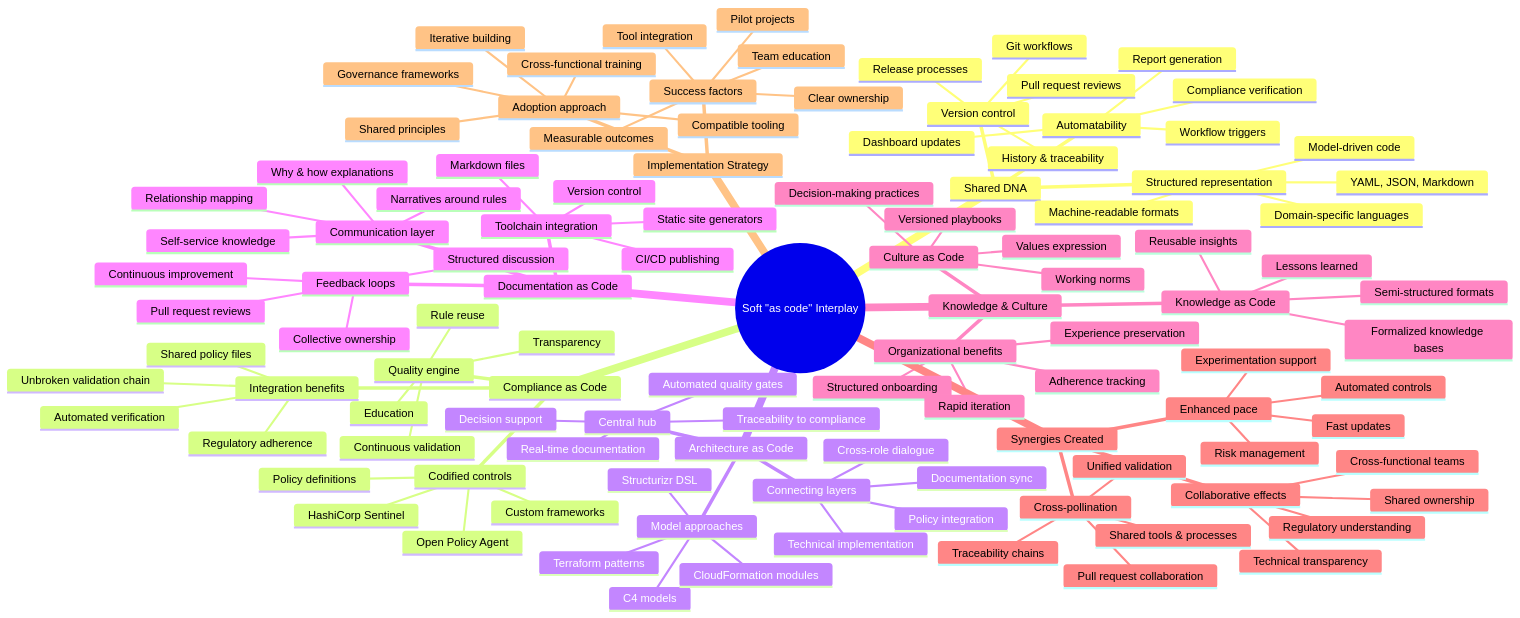
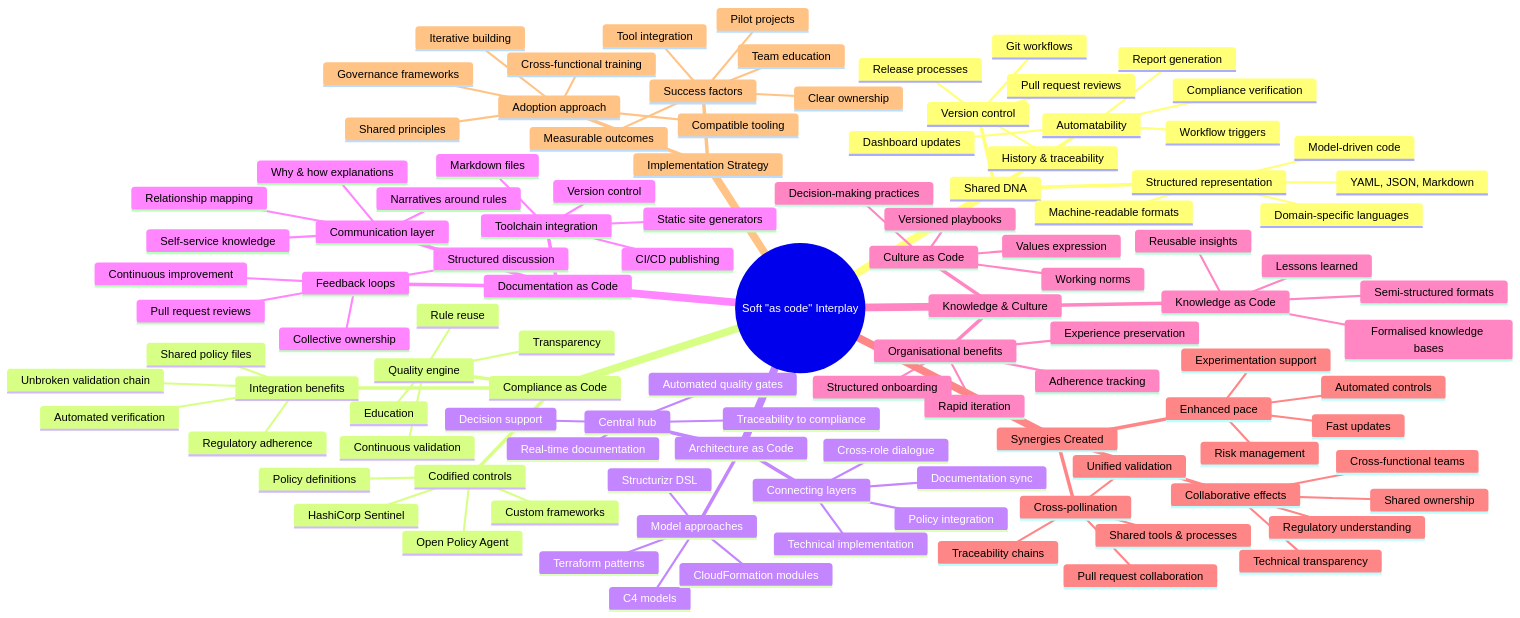
Before and after one commit to Geonitab/architecture_as_code: the diagram in docs/images/archive/mindmap_23_soft_as_code.mmd, drawn with Mermaid. The commit also changed 14 other files, not shown here.

Commit message:
Convert diagrams from American to British English

```diff
--- a/docs/images/archive/mindmap_23_soft_as_code.mmd
+++ b/docs/images/archive/mindmap_23_soft_as_code.mmd
@@ -1,111 +1,111 @@
 mindmap
   root((Soft "as code" Interplay))
     Shared DNA
       Structured representation
         Machine-readable formats
         YAML, JSON, Markdown
         Domain-specific languages
         Model-driven code
       Version control
         Git workflows
         Pull request reviews
         History & traceability
         Release processes
       Automatability
         Report generation
         Compliance verification
         Dashboard updates
         Workflow triggers
     Compliance as Code
       Quality engine
         Rule reuse
         Continuous validation
         Transparency
         Education
       Codified controls
         Open Policy Agent
         HashiCorp Sentinel
         Custom frameworks
         Policy definitions
       Integration benefits
         Automated verification
         Unbroken validation chain
         Shared policy files
         Regulatory adherence
     Architecture as Code
       Central hub
         Traceability to compliance
         Real-time documentation
         Automated quality gates
         Decision support
       Model approaches
         Structurizr DSL
         C4 models
         Terraform patterns
         CloudFormation modules
       Connecting layers
         Technical implementation
         Policy integration
         Documentation sync
         Cross-role dialogue
     Documentation as Code
       Communication layer
         Narratives around rules
         Why & how explanations
         Relationship mapping
         Self-service knowledge
       Toolchain integration
         Markdown files
         Static site generators
         CI/CD publishing
         Version control
       Feedback loops
         Pull request reviews
         Collective ownership
         Structured discussion
         Continuous improvement
     Knowledge & Culture
       Knowledge as Code
-        Formalized knowledge bases
+        Formalised knowledge bases
         Lessons learned
         Semi-structured formats
         Reusable insights
       Culture as Code
         Values expression
         Decision-making practices
         Working norms
         Versioned playbooks
-      Organizational benefits
+      Organisational benefits
         Structured onboarding
         Adherence tracking
         Experience preservation
         Rapid iteration
     Synergies Created
       Cross-pollination
         Shared tools & processes
         Pull request collaboration
         Unified validation
         Traceability chains
       Collaborative effects
         Cross-functional teams
         Shared ownership
         Technical transparency
         Regulatory understanding
       Enhanced pace
         Fast updates
         Automated controls
         Risk management
         Experimentation support
     Implementation Strategy
       Adoption approach
         Shared principles
         Compatible tooling
         Cross-functional training
         Iterative building
         Governance frameworks
       Success factors
         Tool integration
         Team education
         Pilot projects
         Measurable outcomes
         Clear ownership
```
